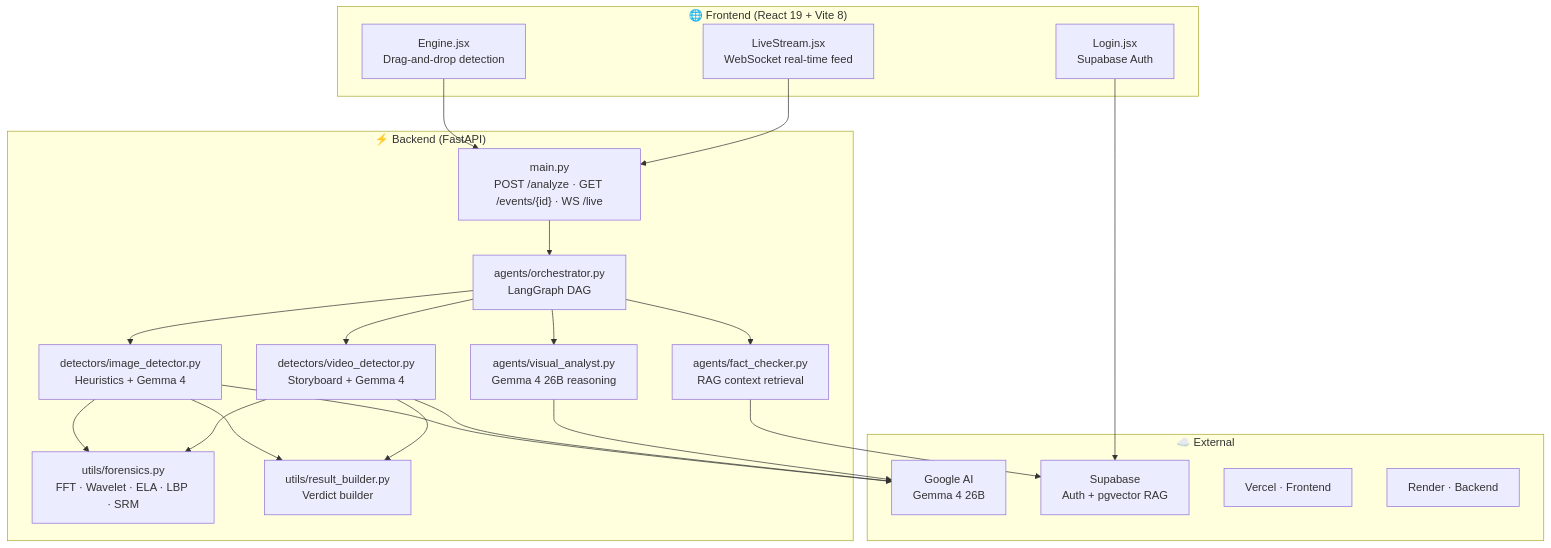
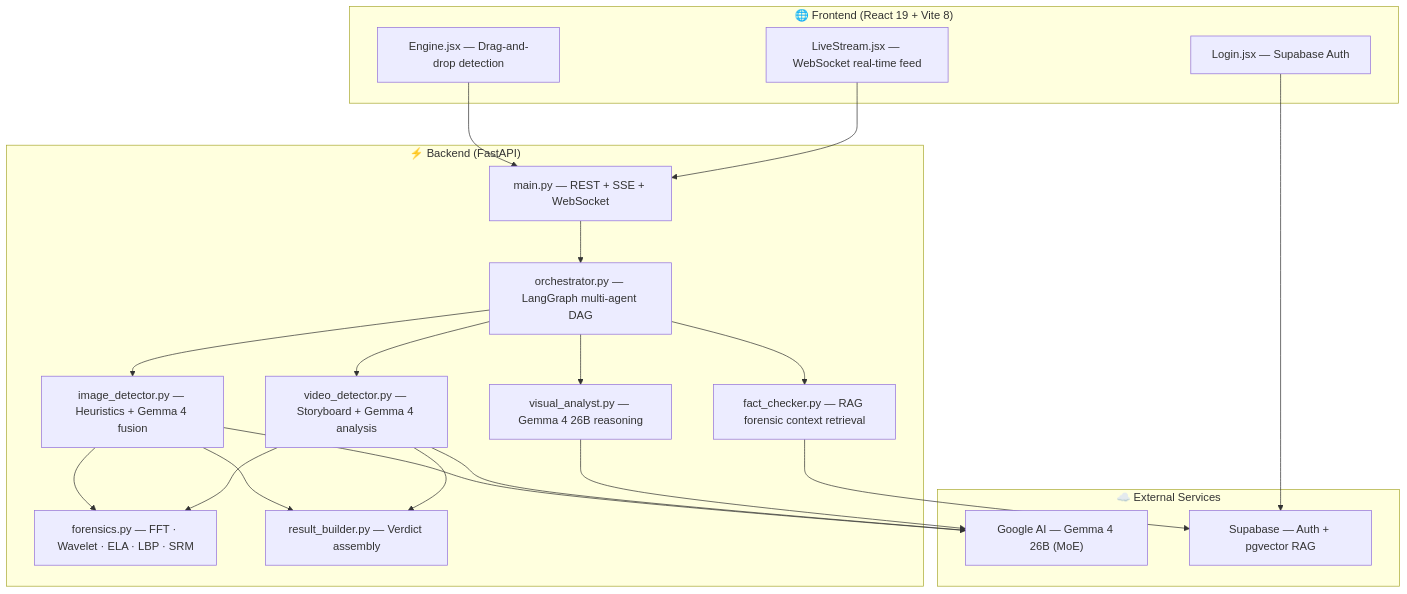
One commit to Krishna-1416/VAuth-Ai-Deepfake-detector- changed the first of 2 diagrams in README.md. Above: the diagram before and after it, drawn with Mermaid.

Commit message:
Space out Mermaid architecture diagram — add config for node/rank spacing, split multi-target edges, widen labels

````diff
--- a/README.md
+++ b/README.md
@@ -77,42 +77,49 @@
 ```mermaid
+%%{init: {'flowchart': {'nodeSpacing': 60, 'rankSpacing': 60}}}%%
 graph TB
+
     subgraph Frontend["🌐 Frontend (React 19 + Vite 8)"]
-        UI[Engine.jsx<br/>Drag-and-drop detection]
-        WS[LiveStream.jsx<br/>WebSocket real-time feed]
-        AUTH[Login.jsx<br/>Supabase Auth]
+        UI["Engine.jsx — Drag-and-drop detection"]
+        WS["LiveStream.jsx — WebSocket real-time feed"]
+        AUTH["Login.jsx — Supabase Auth"]
     end
 
     subgraph Backend["⚡ Backend (FastAPI)"]
-        API["main.py<br/>POST /analyze · GET /events/{id} · WS /live"]
-        ORCH[agents/orchestrator.py<br/>LangGraph DAG]
-        VA[agents/visual_analyst.py<br/>Gemma 4 26B reasoning]
-        FC[agents/fact_checker.py<br/>RAG context retrieval]
-        ID[detectors/image_detector.py<br/>Heuristics + Gemma 4]
-        VD[detectors/video_detector.py<br/>Storyboard + Gemma 4]
-        FW[utils/forensics.py<br/>FFT · Wavelet · ELA · LBP · SRM]
-        RB[utils/result_builder.py<br/>Verdict builder]
+        API["main.py — REST + SSE + WebSocket"]
+        ORCH["orchestrator.py — LangGraph multi-agent DAG"]
+        VA["visual_analyst.py — Gemma 4 26B reasoning"]
+        FC["fact_checker.py — RAG forensic context retrieval"]
+        ID["image_detector.py — Heuristics + Gemma 4 fusion"]
+        VD["video_detector.py — Storyboard + Gemma 4 analysis"]
+        FW["forensics.py — FFT · Wavelet · ELA · LBP · SRM"]
+        RB["result_builder.py — Verdict assembly"]
     end
 
-    subgraph External["☁️ External"]
-        GEMMA[Google AI<br/>Gemma 4 26B]
-        SUPABASE[Supabase<br/>Auth + pgvector RAG]
-        VERCEL[Vercel · Frontend]
-        RENDER[Render · Backend]
+    subgraph External["☁️ External Services"]
+        GEMMA["Google AI — Gemma 4 26B (MoE)"]
+        SUPABASE["Supabase — Auth + pgvector RAG"]
     end
 
     UI --> API
     WS --> API
     AUTH --> SUPABASE
+
     API --> ORCH
-    ORCH --> ID & VD
+
+    ORCH --> ID
+    ORCH --> VD
     ORCH --> VA
     ORCH --> FC
+
     ID --> FW
     VD --> FW
+
     ID --> GEMMA
     VD --> GEMMA
     VA --> GEMMA
+
     FC --> SUPABASE
+
     ID --> RB
     VD --> RB
 ```
````
